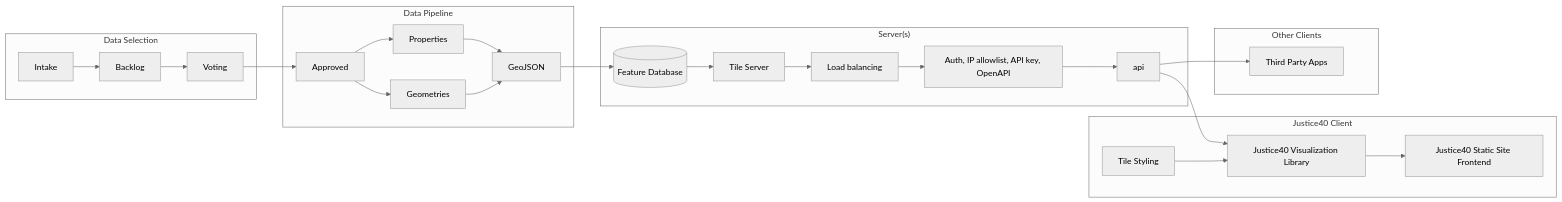
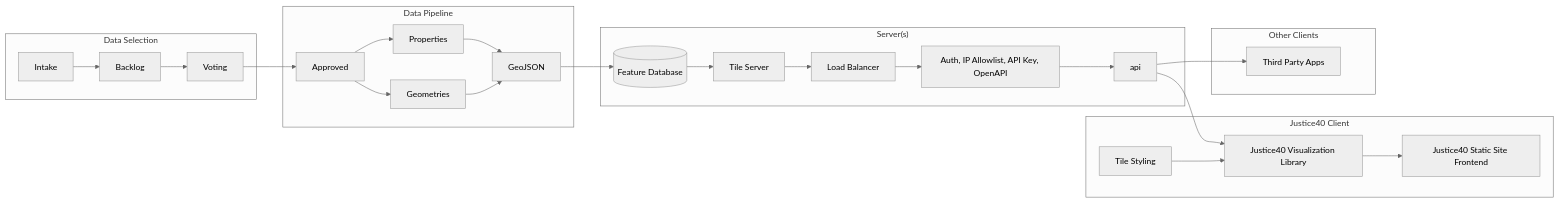
Before and after one commit to usds/justice40-tool: the diagram in docs/architecture/architecture.mmd, drawn with Mermaid (neutral theme). The commit also changed 3 other files, not shown here.

```diff
--- a/docs/architecture/architecture.mmd
+++ b/docs/architecture/architecture.mmd
@@ -1,26 +1,26 @@
 graph LR
     subgraph ds["Data Selection"]
     Intake --> Backlog --> Voting
     end
     subgraph dp["Data Pipeline"]
     Voting --> Approved
     Approved --> Properties
     Approved --> Geometries
     Properties --> GeoJSON
     Geometries --> GeoJSON
     end
     subgraph s["Server(s)"]
     GeoJSON --> db[("Feature Database")]
     db --> tileserv["Tile Server"]
-    tileserv --> lb["Load balancing"]
-    lb --> auth["Auth, IP allowlist, API key, OpenAPI"]
+    tileserv --> lb["Load Balancer"]
+    lb --> auth["Auth, IP Allowlist, API Key, OpenAPI"]
     auth --> api
     end
     subgraph j40["Justice40 Client"]
     api --> vl["Justice40 Visualization Library"]
     ts["Tile Styling"] --> vl
     vl --> fe["Justice40 Static Site Frontend"]
     end
     subgraph oc["Other Clients"]
     api --> 3p["Third Party Apps"]
     end
```
